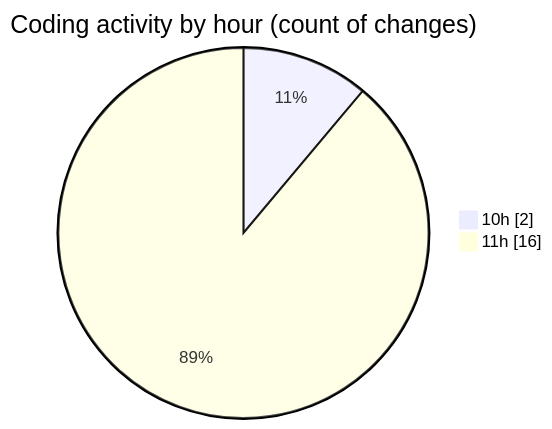
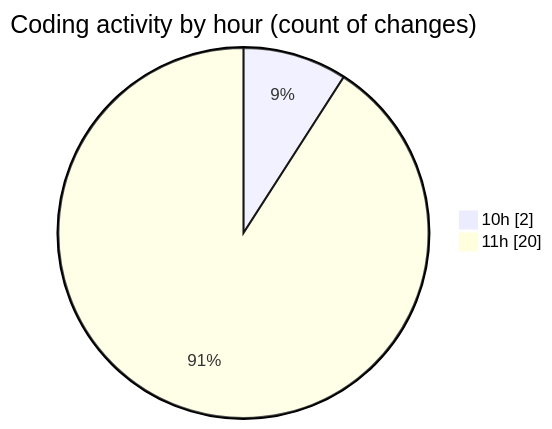
One commit to nxtqubesakshisongat/code-tracking changed the second of 2 diagrams in 2025-07-31/nxtqube_webapp/README.md. Above: the diagram before and after it, drawn with Mermaid. The commit also changed other lines of this file and 1 other file, not shown here.

````diff
--- a/2025-07-31/nxtqube_webapp/README.md
+++ b/2025-07-31/nxtqube_webapp/README.md
@@ -35,6 +36,6 @@
 ```mermaid
 pie showData
 title Coding activity by hour (count of changes)
 "10h" : 2
-"11h" : 16
+"11h" : 20
 ```
````
